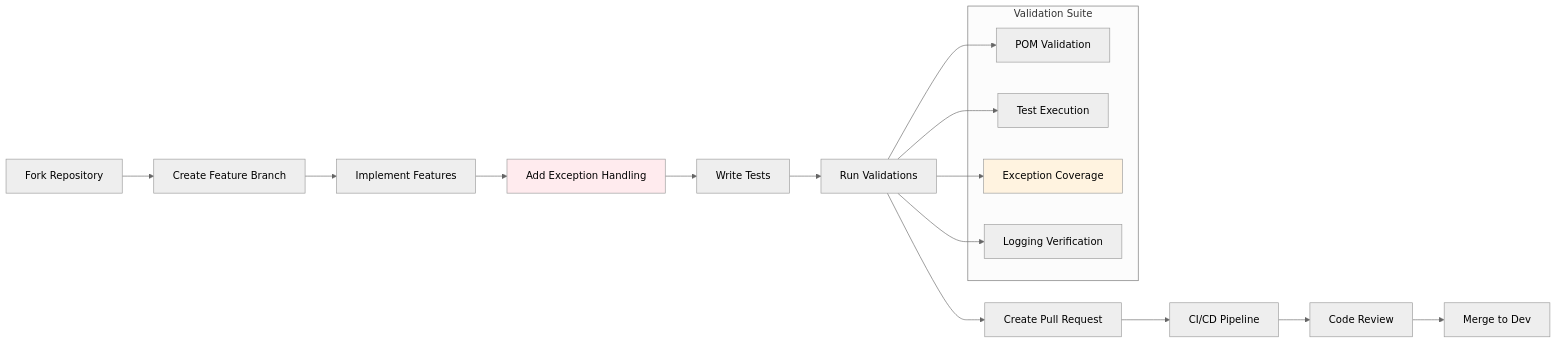
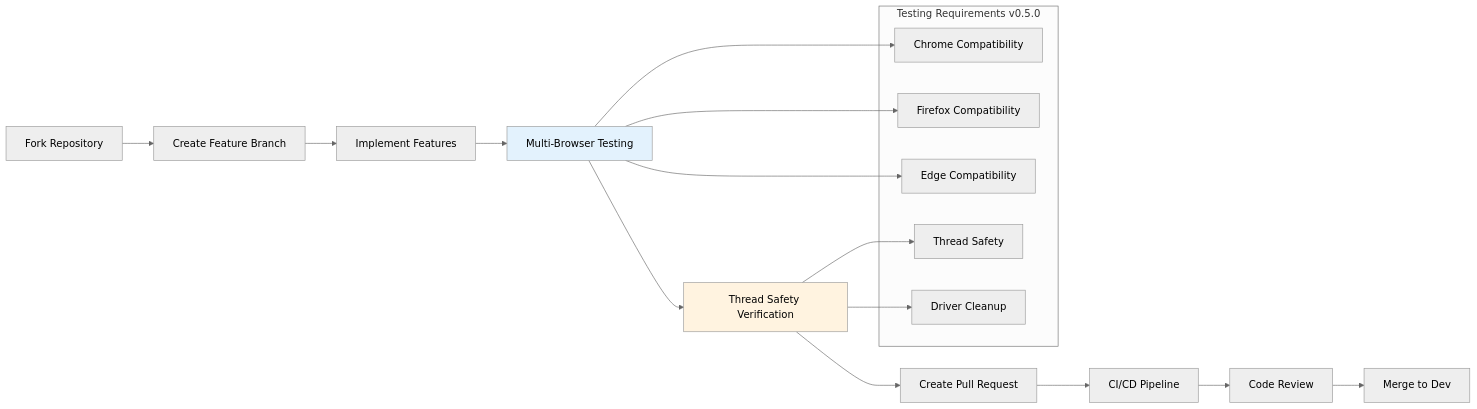
One commit to Anuj-Patiyal/hybrid-framework changed diagram 11 of 11 in README.md. Above: the diagram before and after it, drawn with Mermaid (neutral theme). The commit also changed other lines of this file and 11 other files, not shown here.

````diff
--- a/README.md
+++ b/README.md
@@ -424,27 +555,28 @@
 ```mermaid
 flowchart LR
     A[Fork Repository] --> B[Create Feature Branch]
     B --> C[Implement Features]
-    C --> D[Add Exception Handling]
-    D --> E[Write Tests]
-    E --> F[Run Validations]
-    F --> G[Create Pull Request]
-    G --> H[CI/CD Pipeline]
-    H --> I[Code Review]
-    I --> J[Merge to Dev]
+    C --> D[Multi-Browser Testing]
+    D --> E[Thread Safety Verification]
+    E --> F[Create Pull Request]
+    F --> G[CI/CD Pipeline]
+    G --> H[Code Review]
+    H --> I[Merge to Dev]
     
-    subgraph "Validation Suite"
-        V1[POM Validation]
-        V2[Test Execution]
-        V3[Exception Coverage]
-        V4[Logging Verification]
+    subgraph "Testing Requirements v0.5.0"
+        T1[Chrome Compatibility]
+        T2[Firefox Compatibility]
+        T3[Edge Compatibility]
+        T4[Thread Safety]
+        T5[Driver Cleanup]
     end
     
-    F --> V1
-    F --> V2
-    F --> V3
-    F --> V4
+    D --> T1
+    D --> T2
+    D --> T3
+    E --> T4
+    E --> T5
     
-    style D fill:#ffebee
-    style V3 fill:#fff3e0
+    style D fill:#e3f2fd
+    style E fill:#fff3e0
 ```
````
